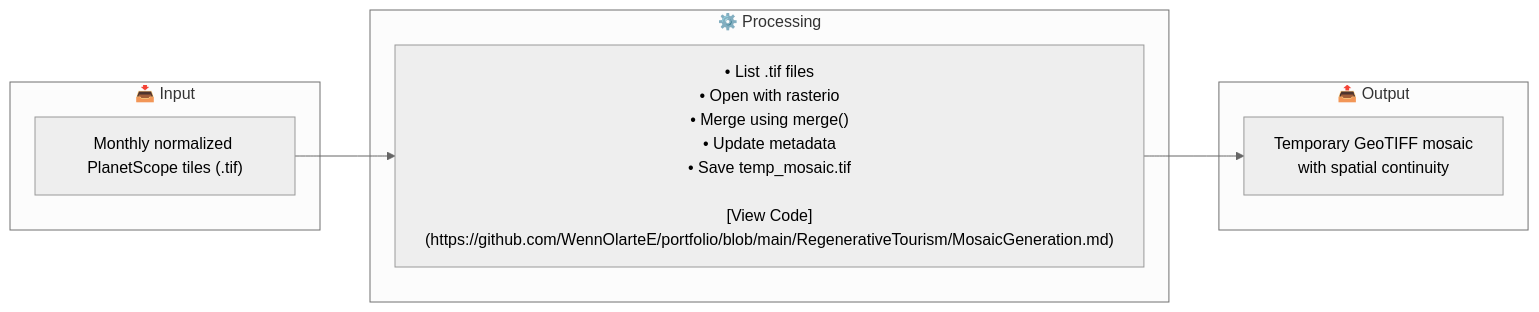
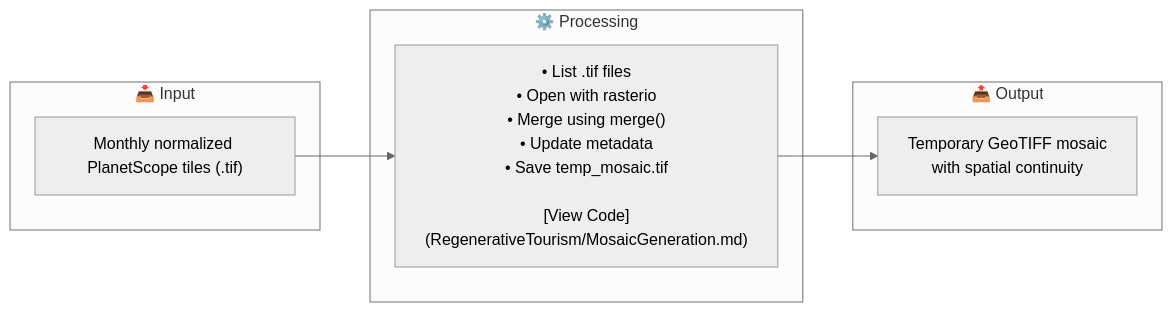
One commit to WennOlarteE/portfolio changed the diagram in RegenerativeTourism/README.md. Above: the diagram before and after it, drawn with Mermaid (neutral theme). The commit also changed other lines of this file, not shown here.

````diff
--- a/RegenerativeTourism/README.md
+++ b/RegenerativeTourism/README.md
@@ -70,17 +47,17 @@
 ```mermaid
 
 flowchart LR
     subgraph A[📥 Input]
         A1["Monthly normalized PlanetScope tiles (.tif)"]
     end
 
     subgraph B[⚙️ Processing]
-        B1["• List .tif files<br>• Open with rasterio<br>• Merge using merge()<br>• Update metadata<br>• Save temp_mosaic.tif<br><br>[View Code](https://github.com/WennOlarteE/portfolio/blob/main/RegenerativeTourism/MosaicGeneration.md)"]
+        B1["• List .tif files<br>• Open with rasterio<br>• Merge using merge()<br>• Update metadata<br>• Save temp_mosaic.tif<br><br>[View Code](RegenerativeTourism/MosaicGeneration.md)"]
     end
 
     subgraph C[📤 Output]
         C1["Temporary GeoTIFF mosaic<br>with spatial continuity"]
     end
 
     A1 --> B1 --> C1
 ```
````
